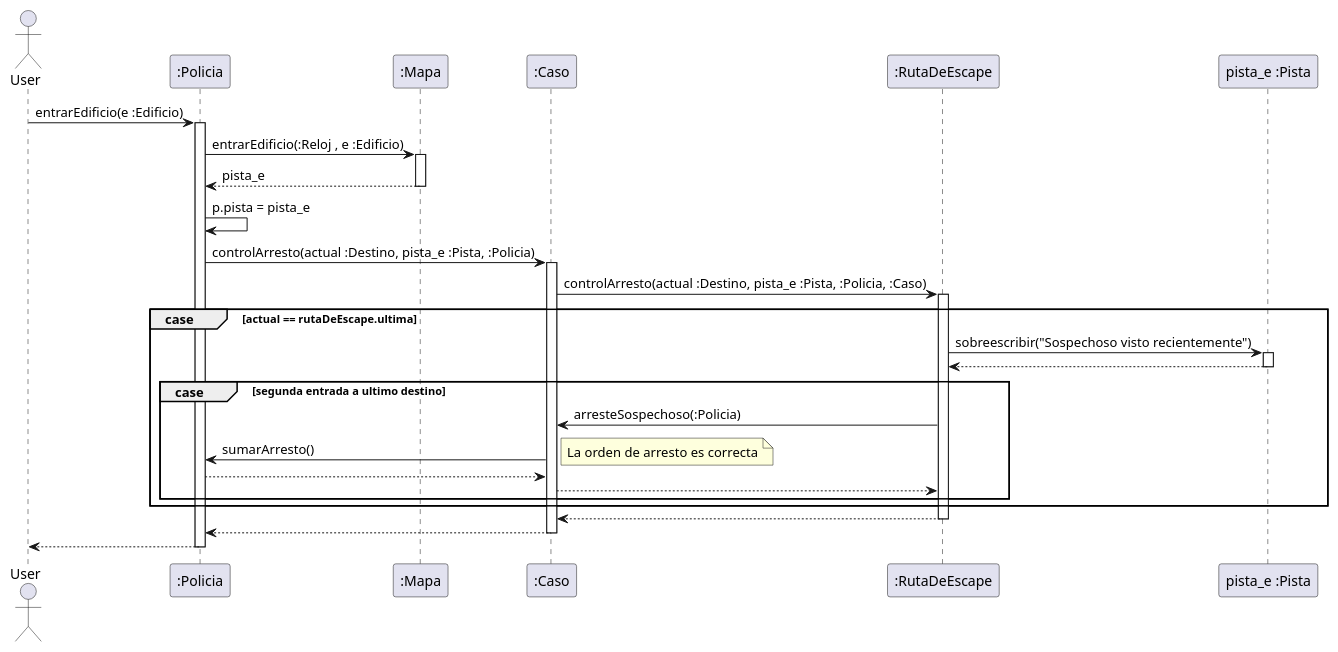
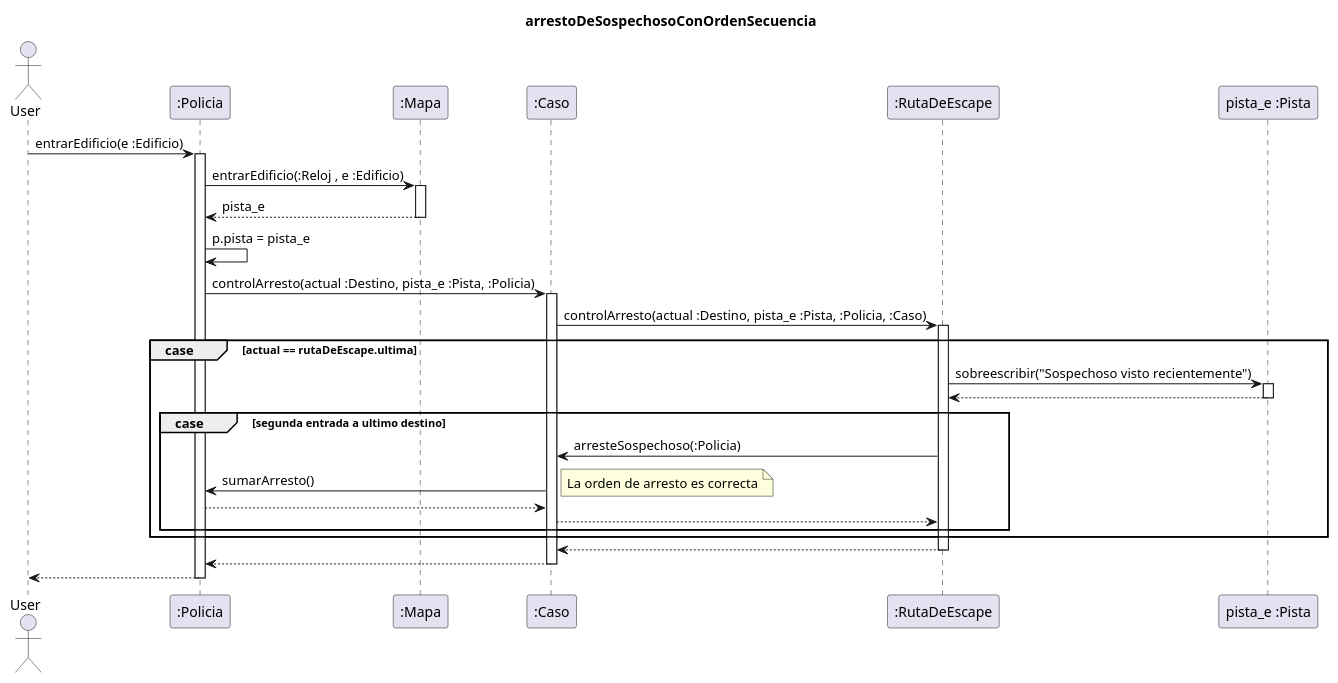
One commit to Nicolas-Bravo/algo3_tp2 changed the diagram in diagrams/sequences/arrestoDeSospechosoConOrdenSecuencia.plantuml. Above: the diagram before and after it, drawn with PlantUML. The commit also changed 3 other files, not shown here.

Commit message:
diagramas arresto

```diff
--- a/diagrams/sequences/arrestoDeSospechosoConOrdenSecuencia.plantuml
+++ b/diagrams/sequences/arrestoDeSospechosoConOrdenSecuencia.plantuml
@@ -1,53 +1,55 @@
 @startuml
+
+title arrestoDeSospechosoConOrdenSecuencia
 
 Actor User
 User -> ":Policia" : entrarEdificio(e :Edificio)
 Activate ":Policia"
 
 ":Policia" -> ":Mapa" : entrarEdificio(:Reloj , e :Edificio)
 activate ":Mapa"
 
 ":Mapa" --> ":Policia" : pista_e
 deactivate ":Mapa"
 
 ":Policia" -> ":Policia": p.pista = pista_e
 
 ":Policia" -> ":Caso" : controlArresto(actual :Destino, pista_e :Pista, :Policia)
 activate ":Caso"
 
 ":Caso" -> ":RutaDeEscape" : controlArresto(actual :Destino, pista_e :Pista, :Policia, :Caso)
 activate ":RutaDeEscape"
 
 group case [actual == rutaDeEscape.ultima]
 
     ":RutaDeEscape" -> "pista_e :Pista": sobreescribir("Sospechoso visto recientemente")
     activate "pista_e :Pista"
 
     "pista_e :Pista" --> ":RutaDeEscape"
     deactivate "pista_e :Pista"
 
     group case [segunda entrada a ultimo destino]
 
         ":RutaDeEscape" -> ":Caso" : arresteSospechoso(:Policia)
 
         ":Caso" -> ":Policia" : sumarArresto()
         note right: La orden de arresto es correcta
 
         ":Policia" --> ":Caso"
 
         ":Caso" --> ":RutaDeEscape"
 
     end
 
 end
 
 ":RutaDeEscape" --> ":Caso"
 deactivate ":RutaDeEscape"
 
 ":Caso" --> ":Policia"
 deactivate ":Caso"
 
 ":Policia" --> User
 deactivate ":Policia"
 
 @enduml
```
